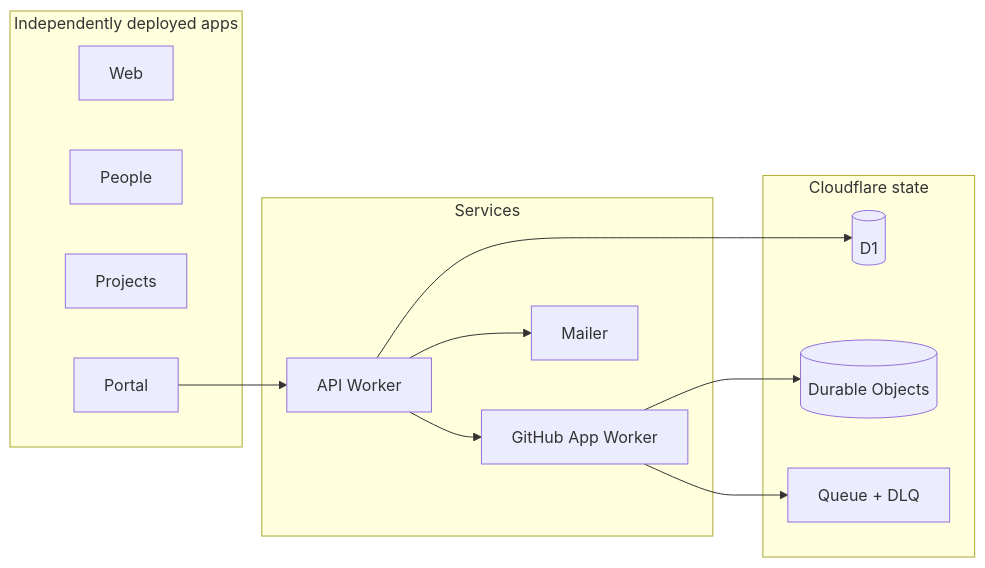
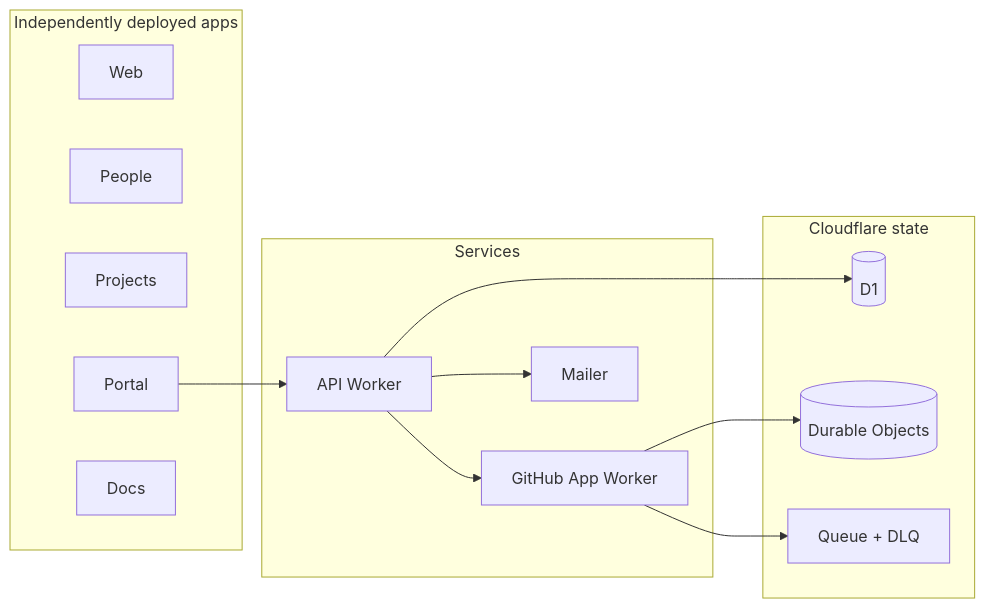
The first of 2 diagrams in docs/OPERATIONS.md (shamilaw-sci/CSC3213_20_Group_B), drawn with Mermaid before and after one commit. The commit also changed other lines of this file and 13 other files, not shown here.

````diff
--- a/docs/OPERATIONS.md
+++ b/docs/OPERATIONS.md
@@ -14,28 +14,29 @@
 ```mermaid
 flowchart LR
   subgraph Independently deployed apps
     Web[Web]
     People[People]
     Projects[Projects]
     Portal[Portal]
+    Docs[Docs]
   end
 
   subgraph Services
     API[API Worker]
     GH[GitHub App Worker]
     Mailer[Mailer]
   end
 
   subgraph Cloudflare state
     D1[(D1)]
     DO[(Durable Objects)]
     Queue[Queue + DLQ]
   end
 
   Portal --> API
   API --> D1
   API --> GH
   API --> Mailer
   GH --> DO
   GH --> Queue
 ```
````
